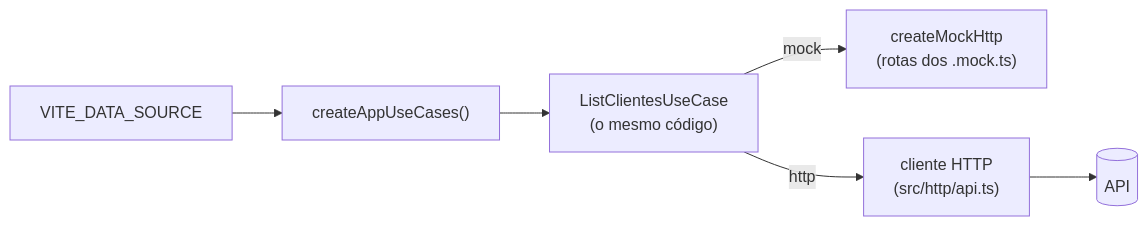
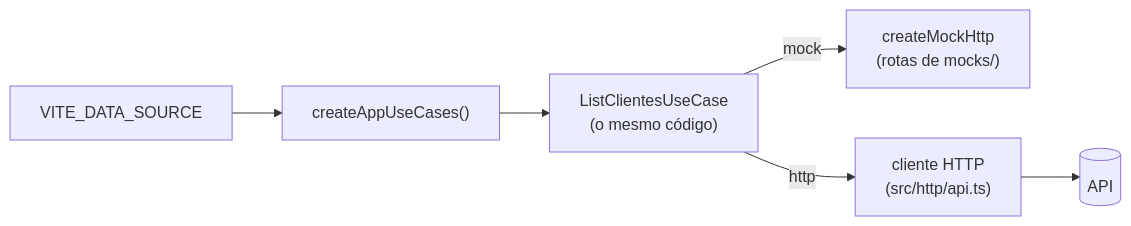
One commit to matizze/prumo changed the diagram in docs/guides/real-api.md. Above: the diagram before and after it, drawn with Mermaid. The commit also changed other lines of this file and 71 other files, not shown here.

````diff
--- a/docs/guides/real-api.md
+++ b/docs/guides/real-api.md
@@ -9,8 +9,8 @@
 ```mermaid
 flowchart LR
   env["VITE_DATA_SOURCE"] --> create["createAppUseCases()"]
   create --> uc["ListClientesUseCase<br/>(o mesmo código)"]
-  uc -- mock --> mock["createMockHttp<br/>(rotas dos .mock.ts)"]
+  uc -- mock --> mock["createMockHttp<br/>(rotas de mocks/)"]
   uc -- http --> client["cliente HTTP<br/>(src/http/api.ts)"]
   client --> api[("API")]
 ```
````
